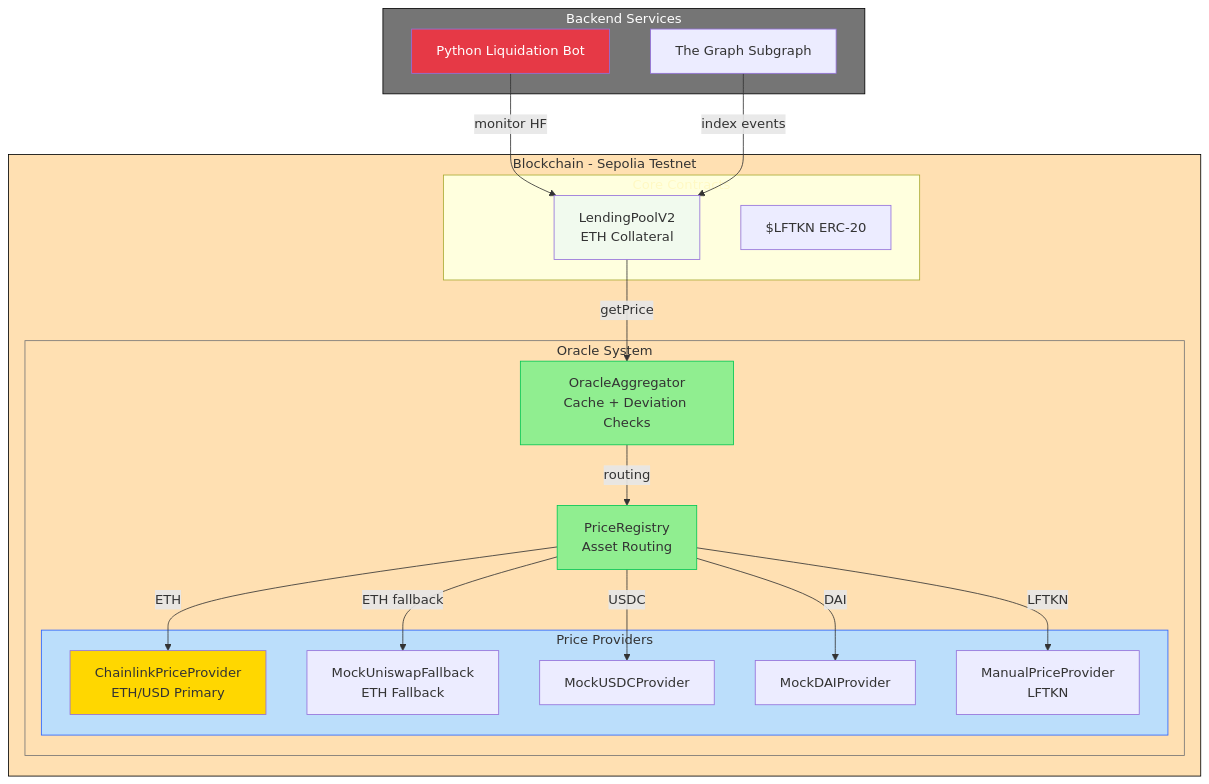
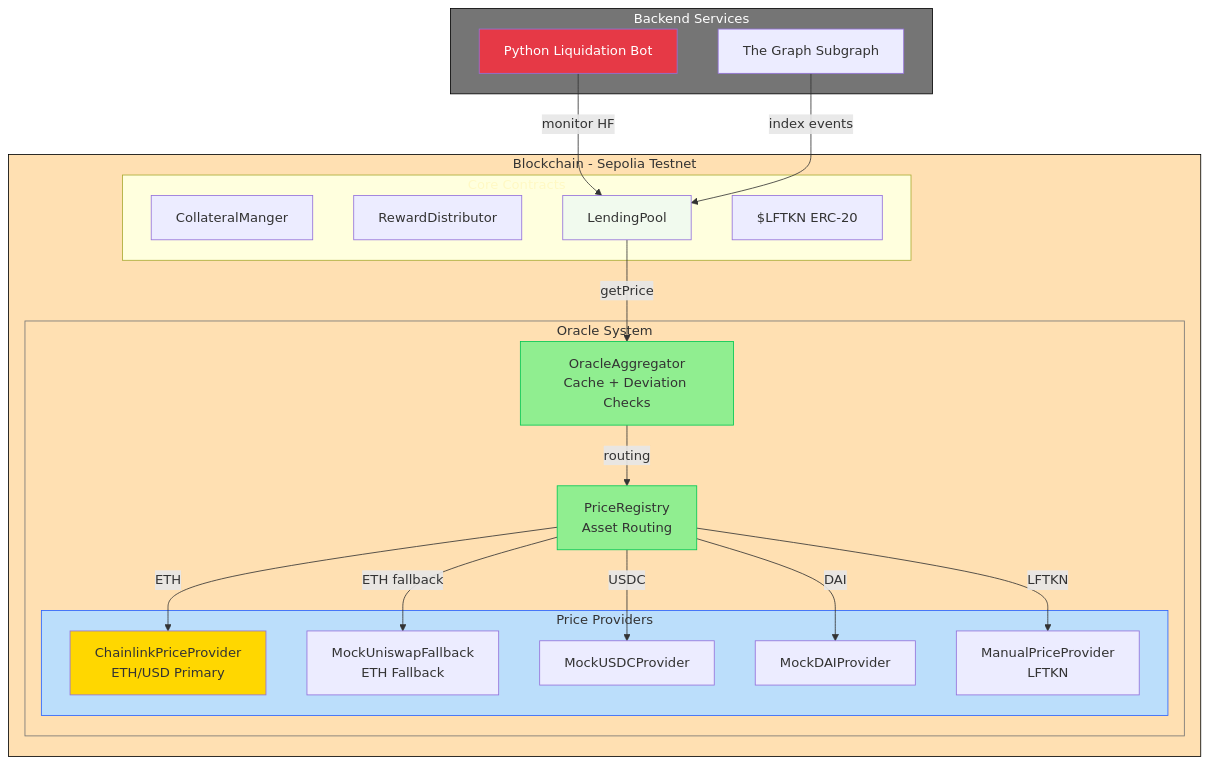
The diagram in README.md (astierfe/LendForge), drawn with Mermaid before and after one commit. The commit also changed other lines of this file and 12 other files, not shown here.

````diff
--- a/README.md
+++ b/README.md
@@ -22,50 +21,48 @@
 ```mermaid
----
-config:
-  theme: default
----
 flowchart TB
  subgraph subGraph0["Core Contracts"]
-        POOL["LendingPoolV2<br>ETH Collateral"]
+        COLL["CollateralManger"]
+        REWARD["RewardDistributor"]
+        POOL["LendingPool"]
         TOKEN["$LFTKN ERC-20"]
   end
  subgraph subGraph1["Price Providers"]
         CL["ChainlinkPriceProvider<br>ETH/USD Primary"]
         UNI["MockUniswapFallback<br>ETH Fallback"]
         USDC["MockUSDCProvider"]
         DAI["MockDAIProvider"]
         MANUAL["ManualPriceProvider<br>LFTKN"]
   end
  subgraph subGraph2["Oracle System"]
         AGG["OracleAggregator<br>Cache + Deviation Checks"]
         REG["PriceRegistry<br>Asset Routing"]
         subGraph1
   end
  subgraph subGraph3["Blockchain - Sepolia Testnet"]
         subGraph0
         subGraph2
   end
  subgraph subGraph4["Backend Services"]
         BOT["Python Liquidation Bot"]
         GRAPH["The Graph Subgraph"]
   end
     POOL -- getPrice --> AGG
     AGG -- routing --> REG
     REG -- ETH --> CL
     REG -- ETH fallback --> UNI
     REG -- USDC --> USDC
     REG -- DAI --> DAI
     REG -- LFTKN --> MANUAL
     BOT -- monitor HF --> POOL
     GRAPH -- index events --> POOL
     style POOL fill:#f1faee
     style CL fill:#FFD700
     style AGG fill:#90EE90,stroke:#00C853
     style REG fill:#90EE90,stroke:#00C853
     style subGraph1 fill:#BBDEFB,stroke:#2962FF
     style subGraph0 color:#FFF9C4
     style subGraph2 fill:#FFE0B2,stroke:#757575
     style BOT fill:#e63946,color:#FFFFFF
     style subGraph3 stroke:#000000,fill:#FFE0B2
     style subGraph4 fill:#757575,color:#FFFFFF,stroke:#000000
 ```
````
